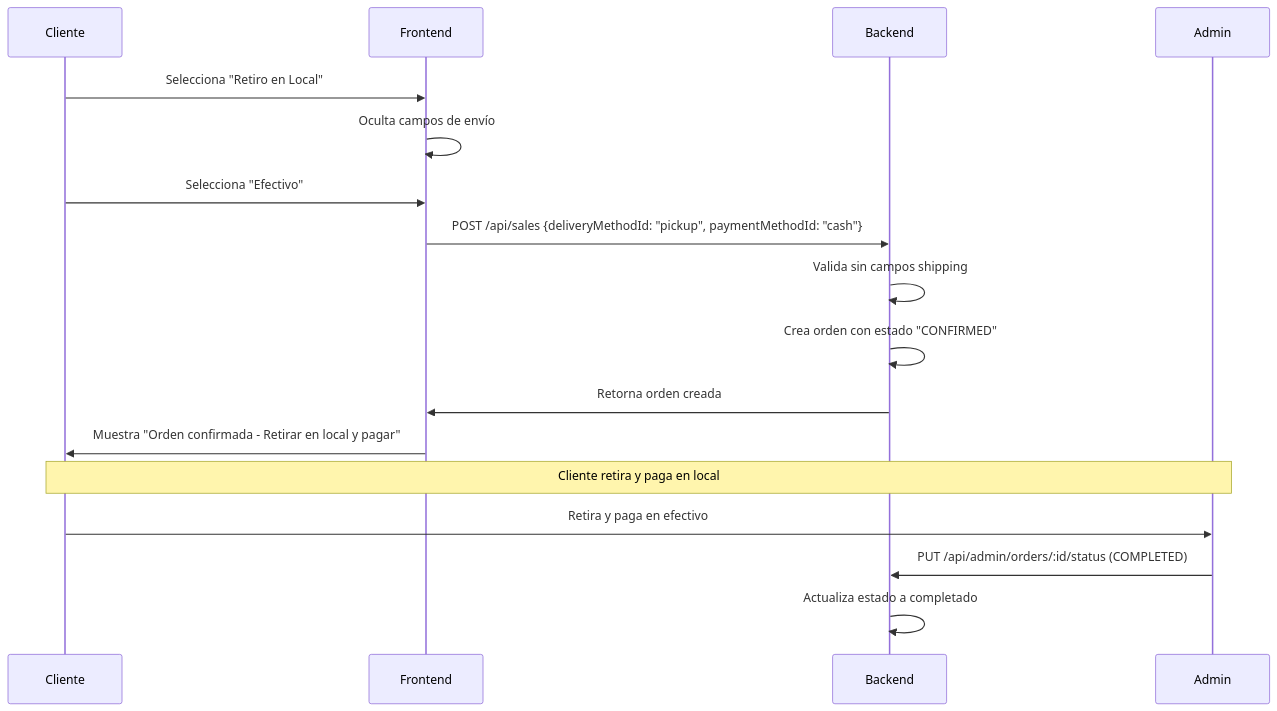
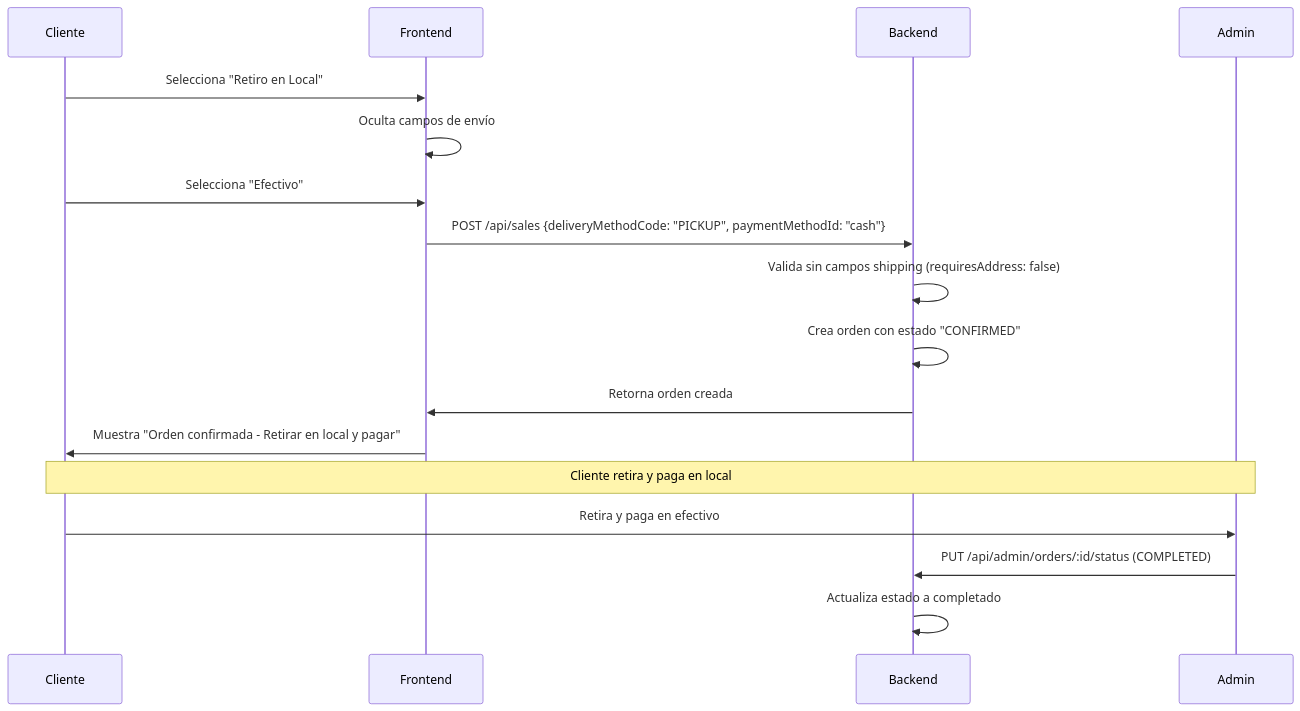
The first of 3 diagrams in docs_backend/payment-methods-manual.md (Ivetta-Luis-Alberto-114588/front-startup), drawn with Mermaid before and after one commit. The commit also changed other lines of this file and 5 other files, not shown here.

````diff
--- a/docs_backend/payment-methods-manual.md
+++ b/docs_backend/payment-methods-manual.md
@@ -231,21 +290,21 @@
 ```mermaid
 sequenceDiagram
     participant C as Cliente
     participant F as Frontend
     participant B as Backend
     participant A as Admin
     
     C->>F: Selecciona "Retiro en Local"
     F->>F: Oculta campos de envío
     C->>F: Selecciona "Efectivo"
-    F->>B: POST /api/sales {deliveryMethodId: "pickup", paymentMethodId: "cash"}
-    B->>B: Valida sin campos shipping
+    F->>B: POST /api/sales {deliveryMethodCode: "PICKUP", paymentMethodId: "cash"}
+    B->>B: Valida sin campos shipping (requiresAddress: false)
     B->>B: Crea orden con estado "CONFIRMED"
     B->>F: Retorna orden creada
     F->>C: Muestra "Orden confirmada - Retirar en local y pagar"
     
     Note over C,A: Cliente retira y paga en local
     C->>A: Retira y paga en efectivo
     A->>B: PUT /api/admin/orders/:id/status (COMPLETED)
     B->>B: Actualiza estado a completado
 ```
````
